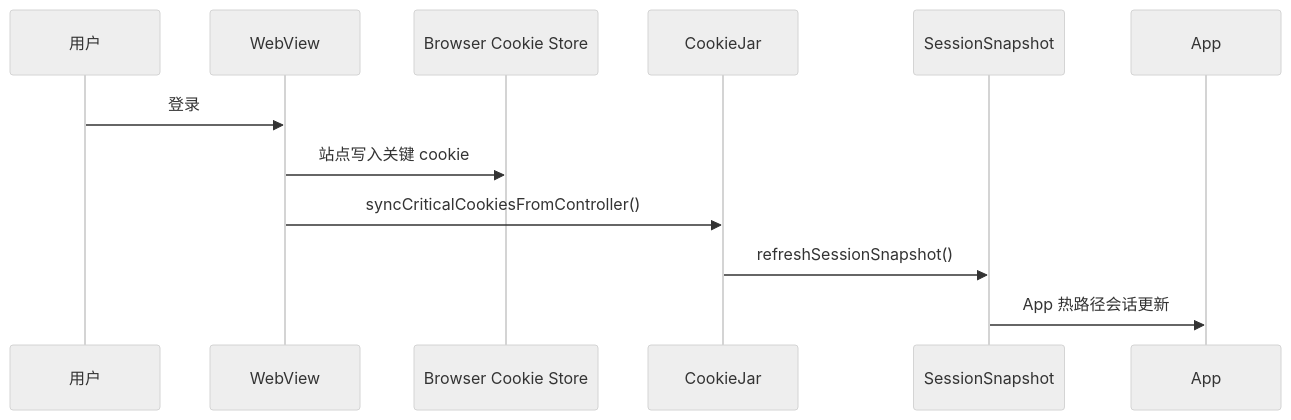
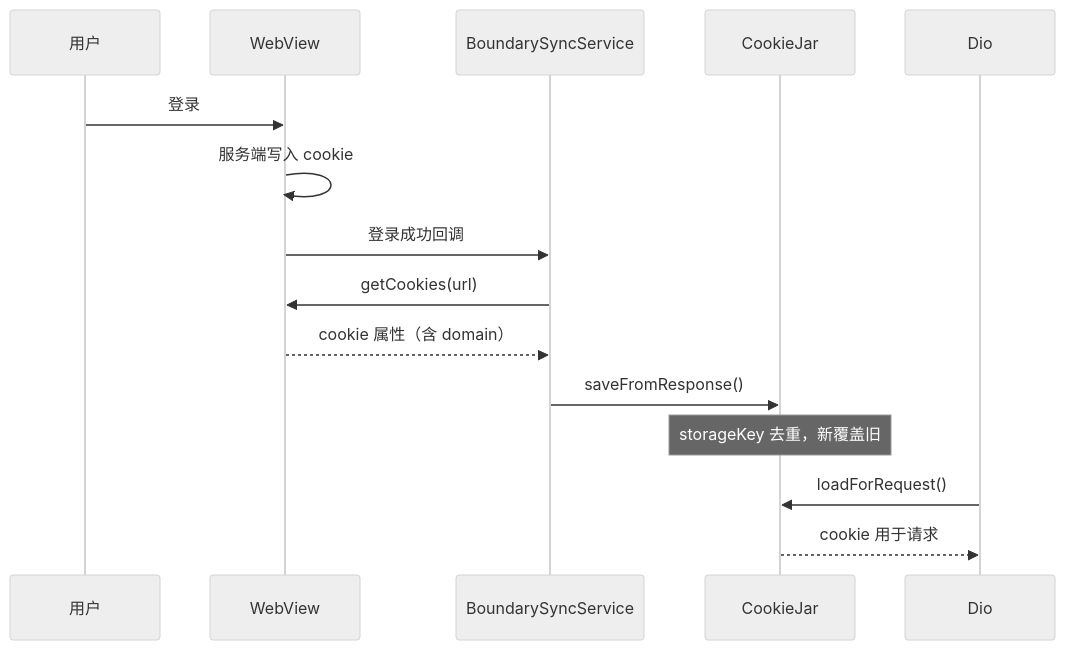
The second of 3 diagrams in docs/cookie-sync-status.md (koast18/fluxdo), drawn with Mermaid (neutral theme) before and after one commit. The commit also changed other lines of this file and 39 other files, not shown here.

````diff
--- a/docs/cookie-sync-status.md
+++ b/docs/cookie-sync-status.md
@@ -153,15 +44,18 @@
 ```mermaid
 sequenceDiagram
     participant U as 用户
     participant W as WebView
-    participant B as Browser Cookie Store
+    participant B as BoundarySyncService
     participant J as CookieJar
-    participant S as SessionSnapshot
-    participant A as App
+    participant D as Dio
 
     U->>W: 登录
-    W->>B: 站点写入关键 cookie
-    W->>J: syncCriticalCookiesFromController()
-    J->>S: refreshSessionSnapshot()
-    S->>A: App 热路径会话更新
+    W->>W: 服务端写入 cookie
+    W->>B: 登录成功回调
+    B->>W: getCookies(url)
+    W-->>B: cookie 属性（含 domain）
+    B->>J: saveFromResponse()
+    Note over J: storageKey 去重，新覆盖旧
+    D->>J: loadForRequest()
+    J-->>D: cookie 用于请求
 ```
````
